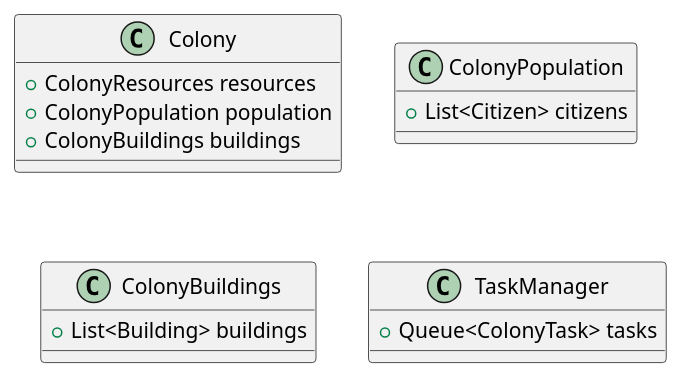
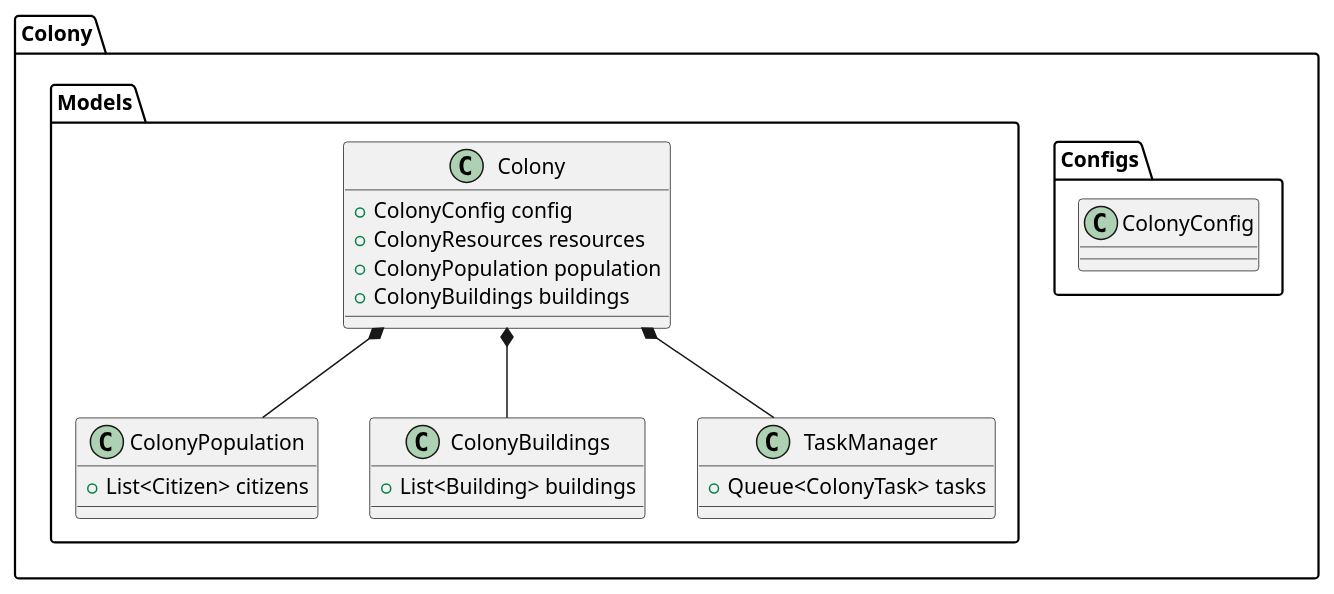
Before and after one commit to minusrep/Pivo-UML: the diagram in Colony/Colony.puml, drawn with PlantUML. The commit also changed 4 other files, not shown here.

```diff
--- a/Colony/Colony.puml
+++ b/Colony/Colony.puml
@@ -1,25 +1,43 @@
 @startuml
 
-class Colony 
+package "Colony" 
 {
-    +ColonyResources resources
-    +ColonyPopulation population
-    +ColonyBuildings buildings
+    
+    package "Configs" {
+        class ColonyConfig {
+        }
+    }
+
+    package "Models" {
+     class Colony 
+        {
+            +ColonyConfig config
+            +ColonyResources resources
+            +ColonyPopulation population
+            +ColonyBuildings buildings
+        }
+        
+        class ColonyPopulation 
+        {
+            +List<Citizen> citizens
+        }
+        
+        class ColonyBuildings 
+        {
+            +List<Building> buildings
+        }
+        
+        class TaskManager
+        {
+            +Queue<ColonyTask> tasks
+        }
+        
+        Colony *-- ColonyPopulation
+        Colony *-- ColonyBuildings
+        Colony *-- TaskManager
+    }
+
 }
 
-class ColonyPopulation 
-{
-    +List<Citizen> citizens
-}
-
-class ColonyBuildings 
-{
-    +List<Building> buildings
-}
-
-class TaskManager
-{
-    +Queue<ColonyTask> tasks
-}
 
 @enduml
```
